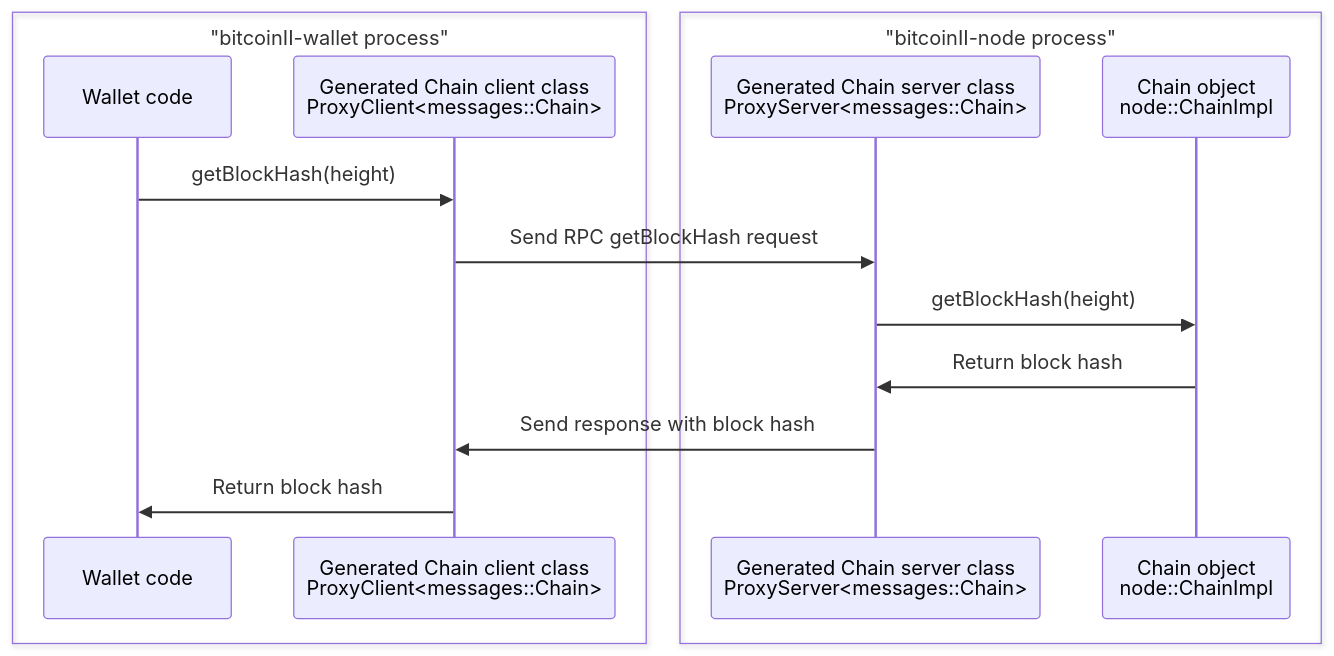
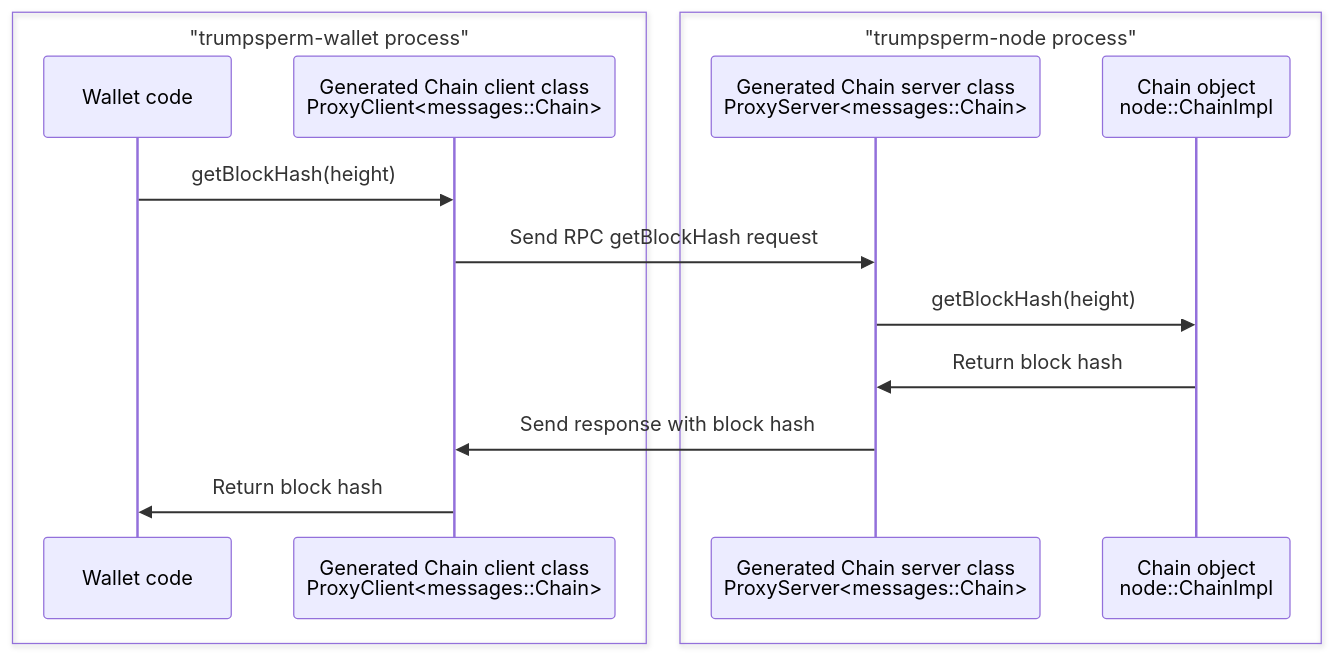
Before and after one commit to trumpsperm/trumpsperm: the third of 3 diagrams in doc/design/multiprocess.md, drawn with Mermaid. The commit also changed other lines of this file and 2322 other files, not shown here.

````diff
--- a/doc/design/multiprocess.md
+++ b/doc/design/multiprocess.md
@@ -163,18 +163,18 @@
 ```mermaid
 sequenceDiagram
-    box "bitcoinII-wallet process"
+    box "trumpsperm-wallet process"
     participant WalletCode as Wallet code
     participant ChainClient as Generated Chain client class<br/>ProxyClient<messages::Chain>
     end
-    box "bitcoinII-node process"
+    box "trumpsperm-node process"
     participant ChainServer as Generated Chain server class<br/>ProxyServer<messages::Chain>
     participant LocalChain as Chain object<br/>node::ChainImpl
     end
 
     WalletCode->>ChainClient: getBlockHash(height)
     ChainClient->>ChainServer: Send RPC getBlockHash request
     ChainServer->>LocalChain: getBlockHash(height)
     LocalChain->>ChainServer: Return block hash
     ChainServer->>ChainClient: Send response with block hash
     ChainClient->>WalletCode: Return block hash
 ```
````
